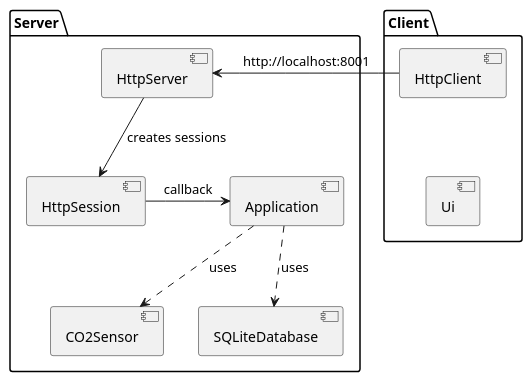
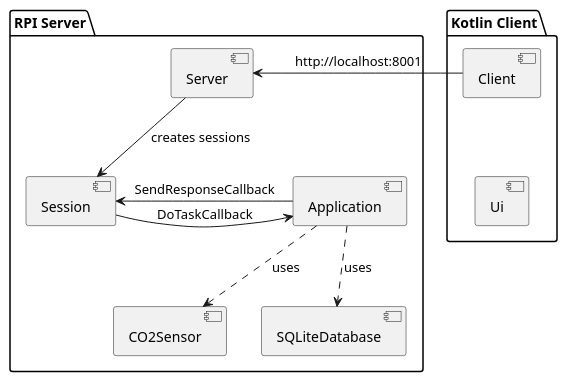
Before and after one commit to Sage-Cat/measure_CO2_system: the diagram in docs/general_arch.puml, drawn with PlantUML. The commit also changed 5 other files, not shown here.

```diff
--- a/docs/general_arch.puml
+++ b/docs/general_arch.puml
@@ -1,25 +1,26 @@
 @startuml
 
-package "Client" {
+package "Kotlin Client" {
     [Ui] as Ui
-    [HttpClient] as HttpClient
+    [Client] as Client
 
-    HttpClient -[hidden]- Ui
+    Client -[hidden]- Ui
 }
 
-package "Server" {
-    [HttpServer] as HttpServer
-    [HttpSession] as HttpSession
+package "RPI Server" {
+    [Server] as Server
+    [Session] as Session
     [Application] as Application
     [CO2Sensor] as CO2Sensor
     [SQLiteDatabase] as SQLiteDatabase
 
-    HttpServer --> HttpSession : creates sessions
-    HttpSession -> Application : callback
+    Server --> Session : creates sessions
+    Session -> Application : DoTaskCallback
+    Session <- Application : SendResponseCallback
     Application ..> CO2Sensor : uses
     Application ..> SQLiteDatabase : uses 
 }
 
-HttpClient -> HttpServer : http://localhost:8001
+Client -> Server : http://localhost:8001
 
 @enduml
```
